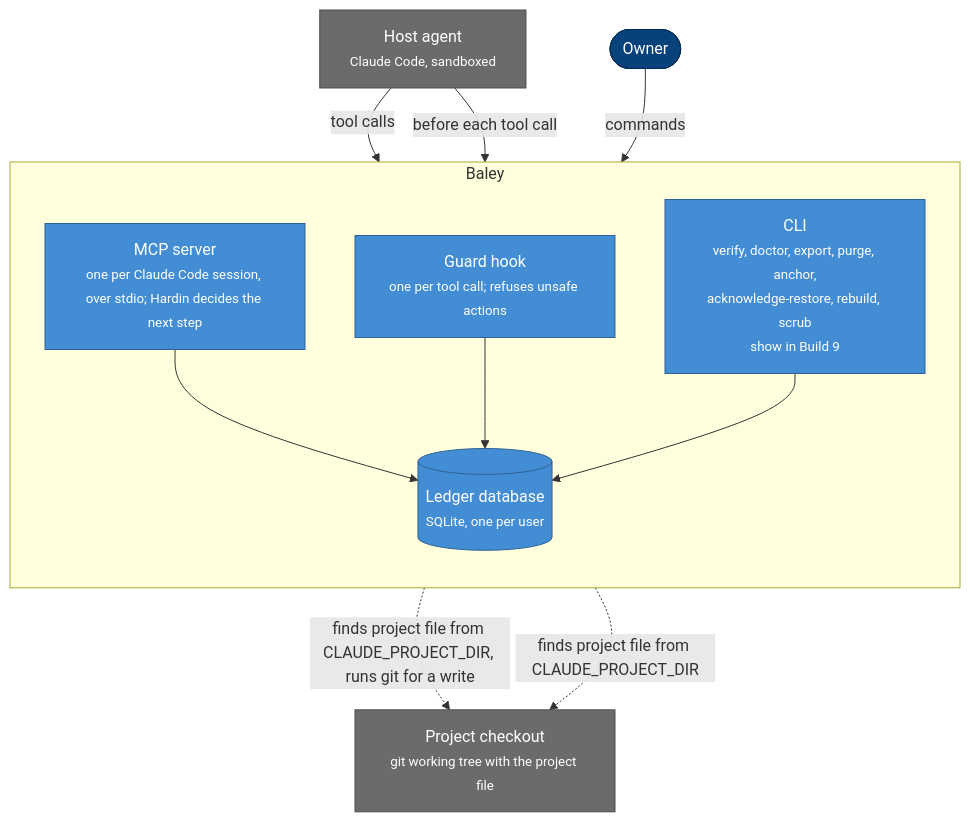
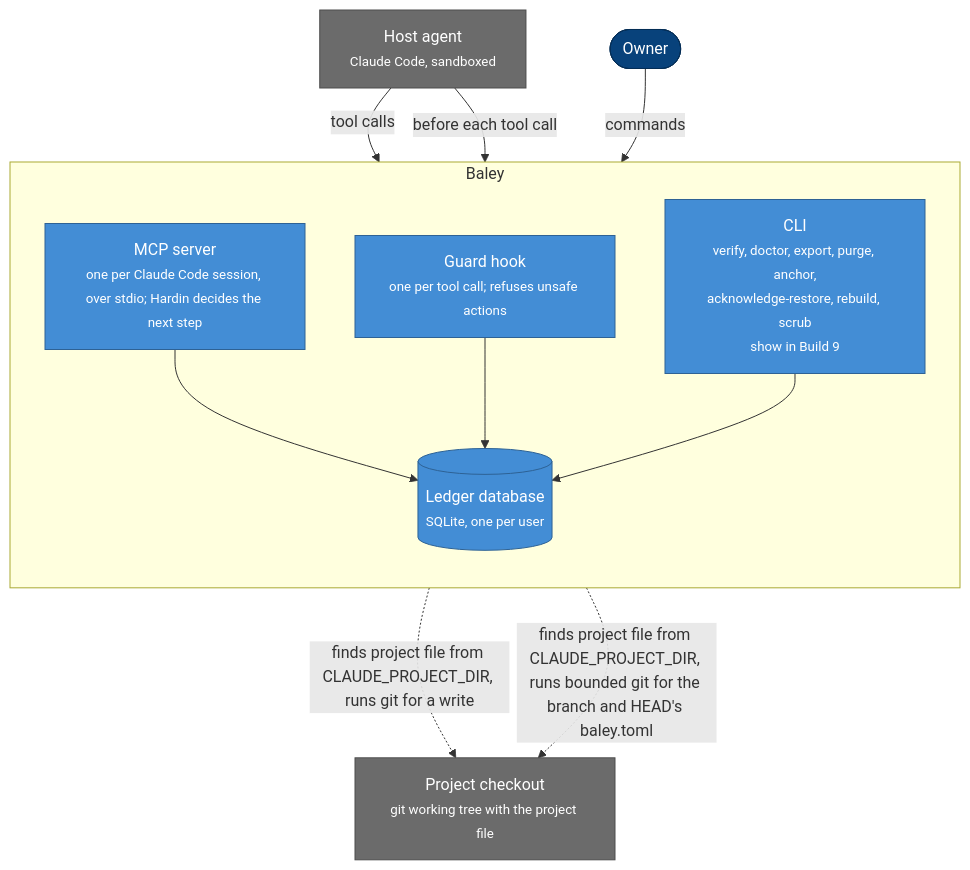
The second of 14 diagrams in docs/design/0001-evidence-ledger.md (crenshawdev/baley), drawn with Mermaid before and after one commit. The commit also changed other lines of this file, not shown here.

First line of the commit message:
docs(design): show the ledger design how a guard store waits and when it gives up

````diff
--- a/docs/design/0001-evidence-ledger.md
+++ b/docs/design/0001-evidence-ledger.md
@@ -144,27 +144,27 @@
 ```mermaid
 flowchart TB
   owner(["Owner"])
   host["Host agent<br/><small>Claude Code, sandboxed</small>"]
   subgraph baley [Baley]
     direction TB
     server["MCP server<br/><small>one per Claude Code session, over stdio; Hardin decides the next step</small>"]
     guard["Guard hook<br/><small>one per tool call; refuses unsafe actions</small>"]
     cli["CLI<br/><small>verify, doctor, export, purge, anchor,<br/>acknowledge-restore, rebuild, scrub<br/>show in Build 9</small>"]
     db[("Ledger database<br/><small>SQLite, one per user</small>")]
   end
   checkout["Project checkout<br/><small>git working tree with the project file</small>"]
   host -->|tool calls| server
   host -->|before each tool call| guard
   owner -->|commands| cli
   server --> db
   guard --> db
   cli --> db
   server -.->|finds project file from CLAUDE_PROJECT_DIR, runs git for a write| checkout
-  guard -.->|finds project file from CLAUDE_PROJECT_DIR| checkout
+  guard -.->|finds project file from CLAUDE_PROJECT_DIR, runs bounded git for the branch and HEAD's baley.toml| checkout
   classDef person fill:#08427b,stroke:#052e56,color:#fff
   classDef container fill:#438dd5,stroke:#2e6295,color:#fff
   classDef external fill:#6b6b6b,stroke:#4d4d4d,color:#fff
   class owner person
   class server,guard,cli,db container
   class host,checkout external
 ```
````
